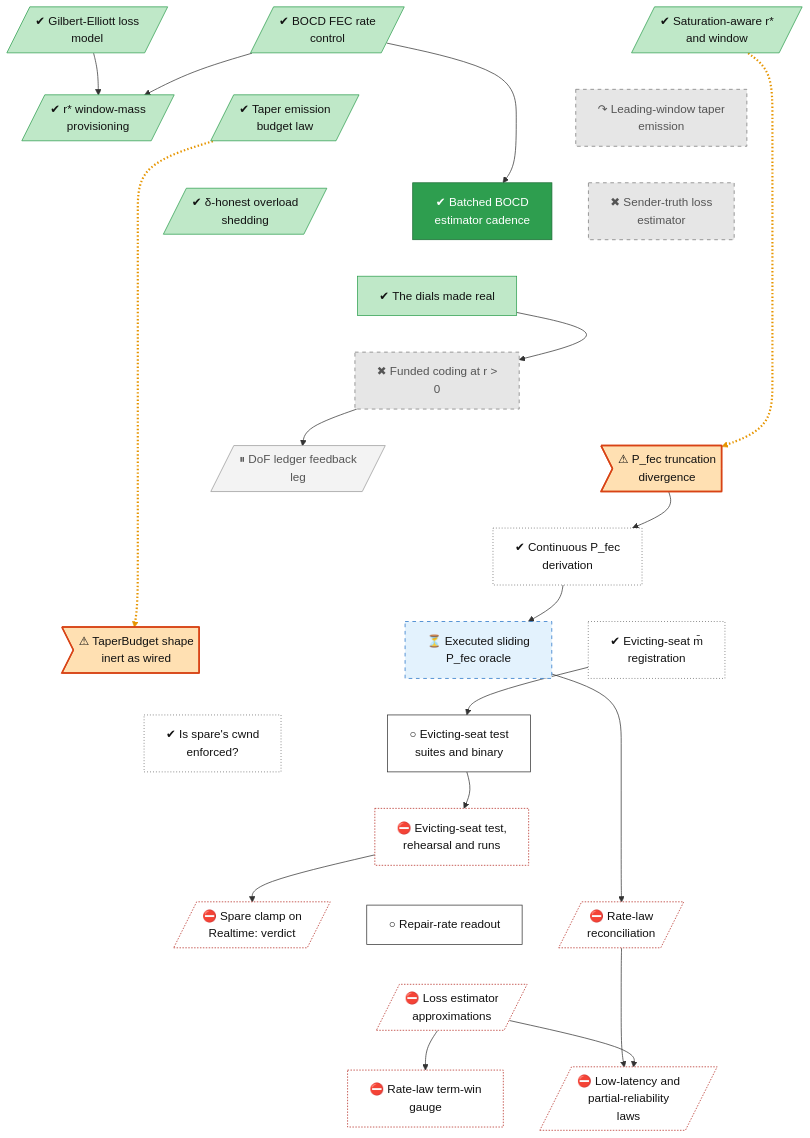
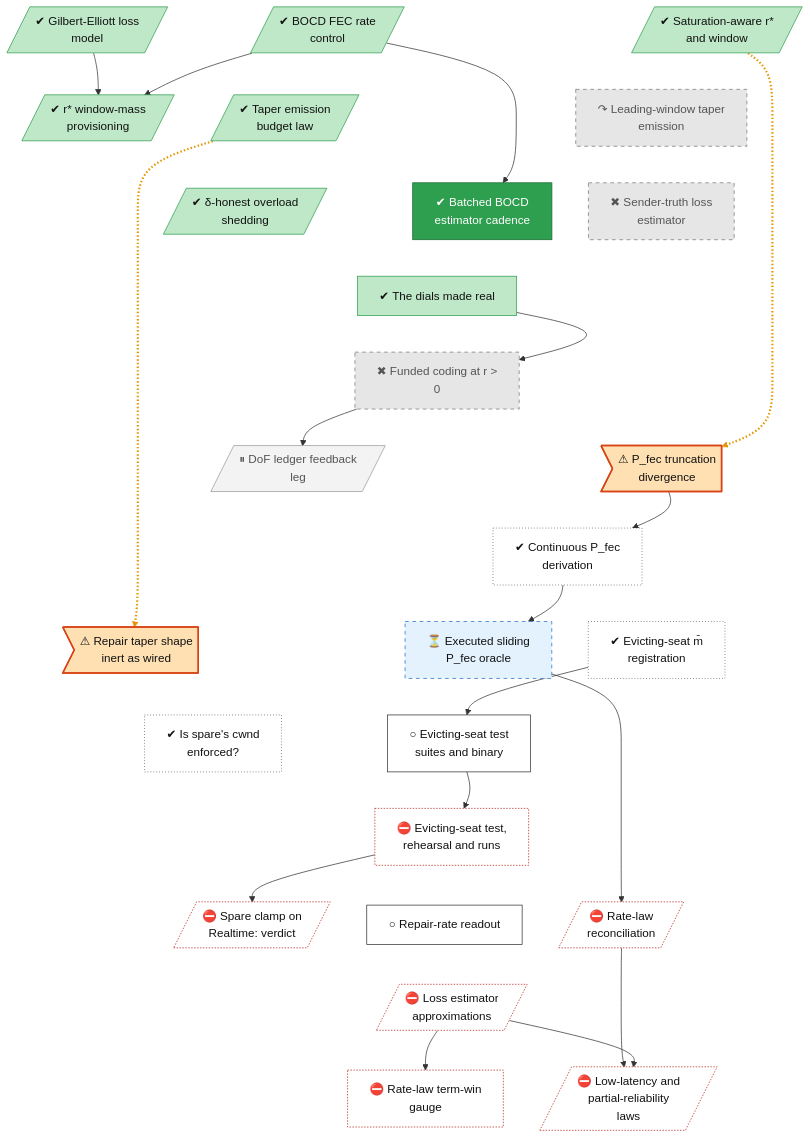
Before and after one commit to lhns/raptorpath: the diagram in docs/roadmap/tracks/rate.md, drawn with Mermaid. The commit also changed other lines of this file and 6 other files, not shown here.

```diff
--- a/docs/roadmap/tracks/rate.md
+++ b/docs/roadmap/tracks/rate.md
@@ -24,7 +24,7 @@
     rate_defect_pfec>"⚠ P_fec truncation<br/>divergence"]
     rate_pfec_continuous["✔ Continuous P_fec<br/>derivation"]
     rate_pfec_oracle["⏳ Executed sliding<br/>P_fec oracle"]
-    rate_defect_taper_inert>"⚠ TaperBudget shape<br/>inert as wired"]
+    rate_defect_taper_inert>"⚠ Repair taper shape<br/>inert as wired"]
     rate_evict_registration["✔ Evicting-seat m̄<br/>registration"]
     rate_spare_cwnd["✔ Is spare's cwnd<br/>enforced?"]
     rate_evict_epre["○ Evicting-seat test<br/>suites and binary"]
```
